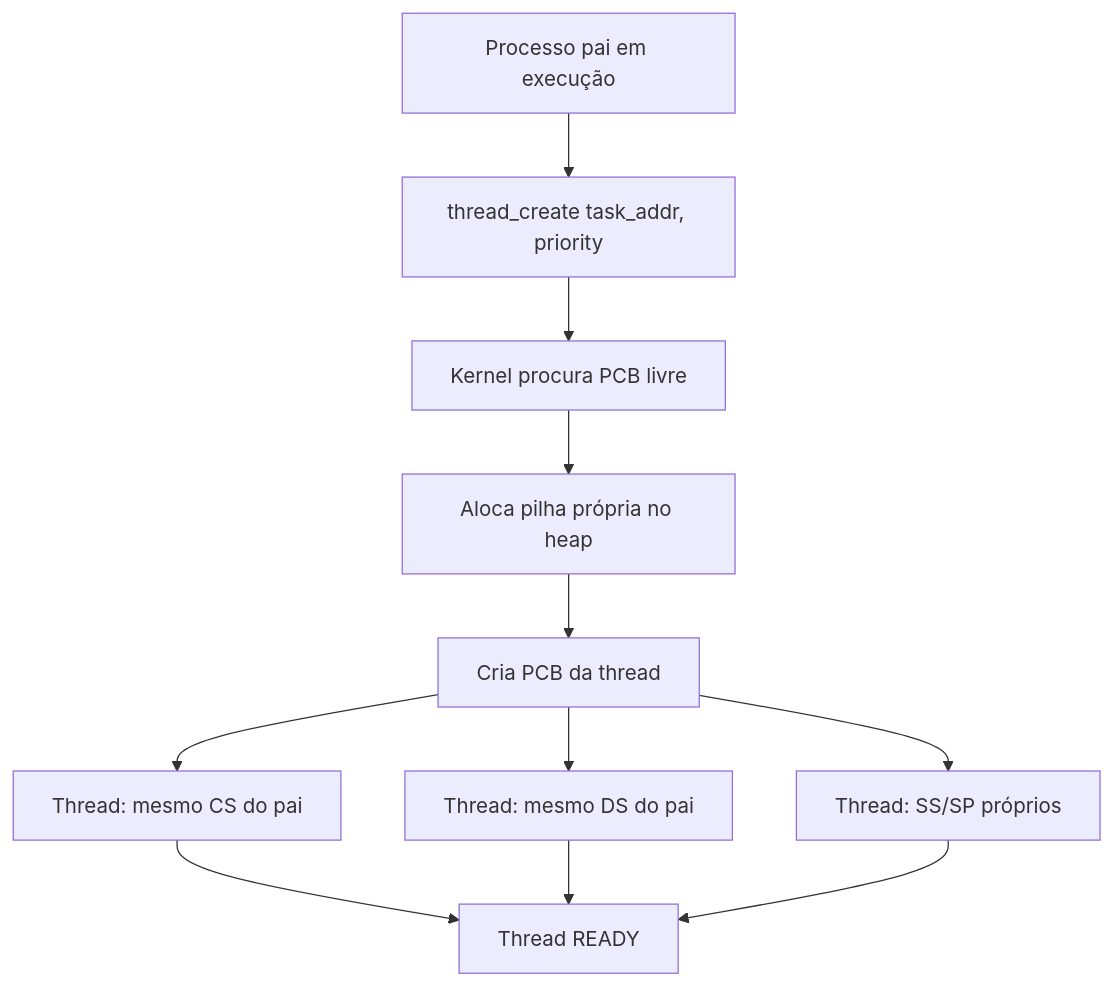
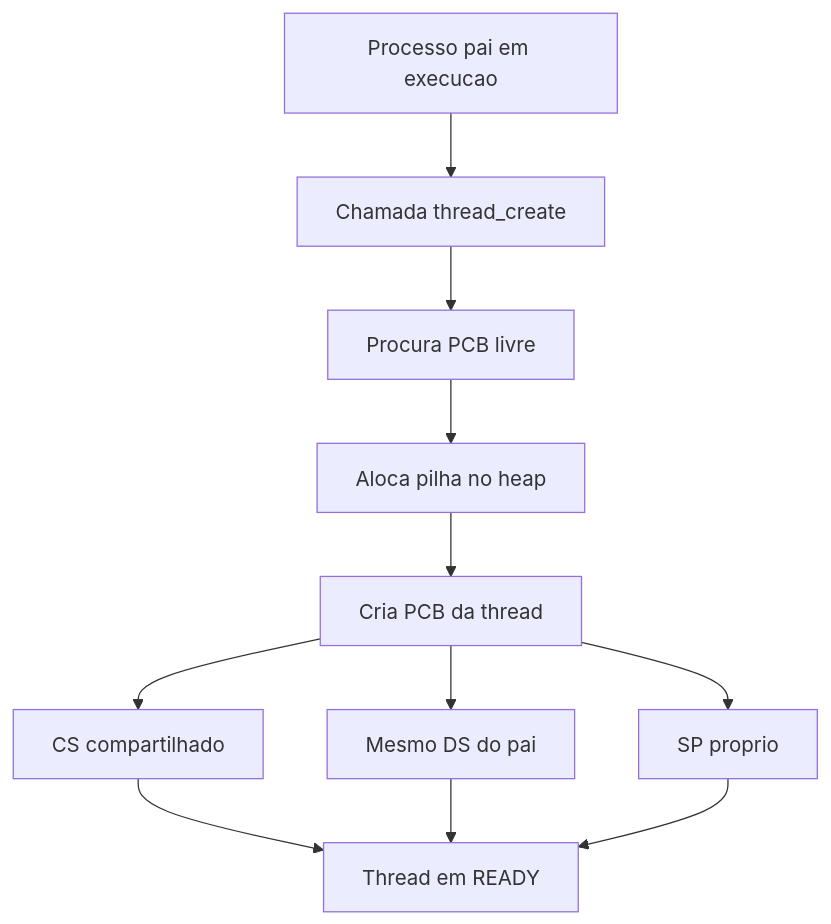
One commit to garme/cafe_os changed the third of 6 diagrams in README.md. Above: the diagram before and after it, drawn with Mermaid. The commit also changed other lines of this file, not shown here.

````diff
--- a/README.md
+++ b/README.md
@@ -286,13 +281,13 @@
 ```mermaid
-flowchart TD
-    A[Processo pai em execução] --> B[thread_create task_addr, priority]
-    B --> C[Kernel procura PCB livre]
-    C --> D[Aloca pilha própria no heap]
-    D --> E[Cria PCB da thread]
-    E --> F[Thread: mesmo CS do pai]
-    E --> G[Thread: mesmo DS do pai]
-    E --> H[Thread: SS/SP próprios]
-    F --> I[Thread READY]
-    G --> I
-    H --> I
+graph TD
+    PAI[Processo pai em execucao] --> TCALL[Chamada thread_create]
+    TCALL --> PCB[Procura PCB livre]
+    PCB --> STK[Aloca pilha no heap]
+    STK --> THR[Cria PCB da thread]
+    THR --> CS[CS compartilhado]
+    THR --> DS[Mesmo DS do pai]
+    THR --> SP[SP proprio]
+    CS --> READY[Thread em READY]
+    DS --> READY
+    SP --> READY
 ```
````
